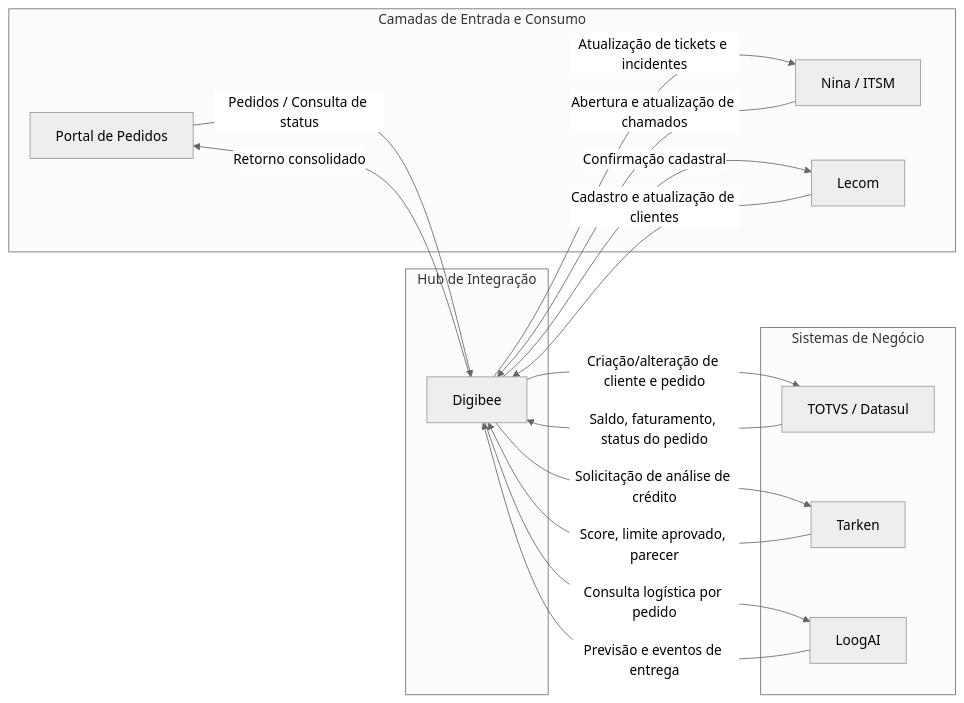
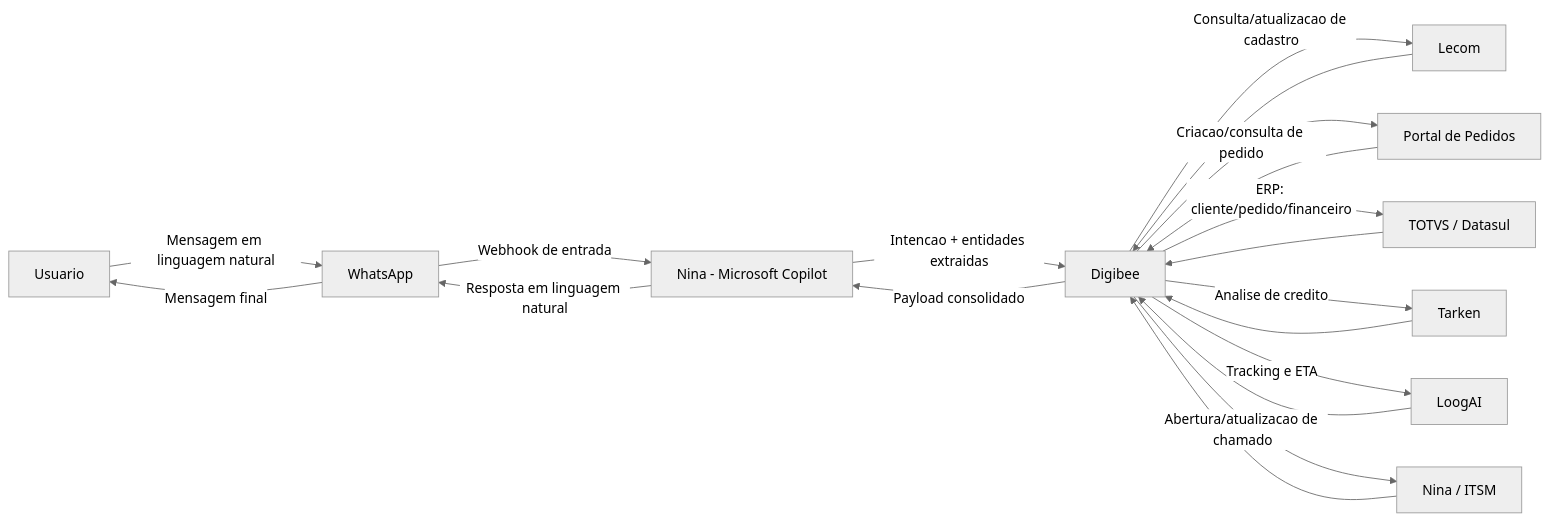
The diagram in README.md (anderson-figueiredo/rtvgpt-nina), drawn with Mermaid (neutral theme) before and after one commit. The commit also changed other lines of this file, not shown here.

Commit message:
docs: incluir fluxo whatsapp com nina copilot via digibee

````diff
--- a/README.md
+++ b/README.md
@@ -16,35 +22,37 @@
 ```mermaid
 flowchart LR
-    subgraph Canais[Camadas de Entrada e Consumo]
-      PORTAL[Portal de Pedidos]
-      NINA[Nina / ITSM]
-      LECOM[Lecom]
-    end
+    USER[Usuario]
+    WPP[WhatsApp]
+    NINA[Nina - Microsoft Copilot]
+    DIGI[Digibee]
 
-    subgraph HUB[Hub de Integração]
-      DIGI[Digibee]
-    end
+    LECOM[Lecom]
+    PORTAL[Portal de Pedidos]
+    TOTVS[TOTVS / Datasul]
+    TARKEN[Tarken]
+    LOOGAI[LoogAI]
+    ITSM[Nina / ITSM]
 
-    subgraph Sistemas[Sistemas de Negócio]
-      TOTVS[TOTVS / Datasul]
-      TARKEN[Tarken]
-      LOOGAI[LoogAI]
-    end
+    USER -->|Mensagem em linguagem natural| WPP
+    WPP -->|Webhook de entrada| NINA
 
-    PORTAL -->|Pedidos / Consulta de status| DIGI
-    NINA -->|Abertura e atualização de chamados| DIGI
-    LECOM -->|Cadastro e atualização de clientes| DIGI
+    NINA -->|Intencao + entidades extraidas| DIGI
 
-    DIGI -->|Criação/alteração de cliente e pedido| TOTVS
-    TOTVS -->|Saldo, faturamento, status do pedido| DIGI
+    DIGI -->|Consulta/atualizacao de cadastro| LECOM
+    DIGI -->|Criacao/consulta de pedido| PORTAL
+    DIGI -->|ERP: cliente/pedido/financeiro| TOTVS
+    DIGI -->|Analise de credito| TARKEN
+    DIGI -->|Tracking e ETA| LOOGAI
+    DIGI -->|Abertura/atualizacao de chamado| ITSM
 
-    DIGI -->|Solicitação de análise de crédito| TARKEN
-    TARKEN -->|Score, limite aprovado, parecer| DIGI
+    LECOM --> DIGI
+    PORTAL --> DIGI
+    TOTVS --> DIGI
+    TARKEN --> DIGI
+    LOOGAI --> DIGI
+    ITSM --> DIGI
 
-    DIGI -->|Consulta logística por pedido| LOOGAI
-    LOOGAI -->|Previsão e eventos de entrega| DIGI
-
-    DIGI -->|Retorno consolidado| PORTAL
-    DIGI -->|Atualização de tickets e incidentes| NINA
-    DIGI -->|Confirmação cadastral| LECOM
+    DIGI -->|Payload consolidado| NINA
+    NINA -->|Resposta em linguagem natural| WPP
+    WPP -->|Mensagem final| USER
 ```
````
